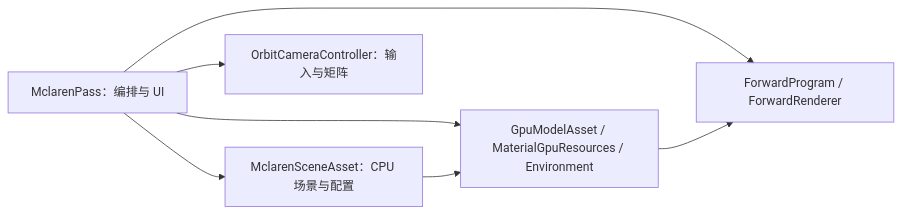
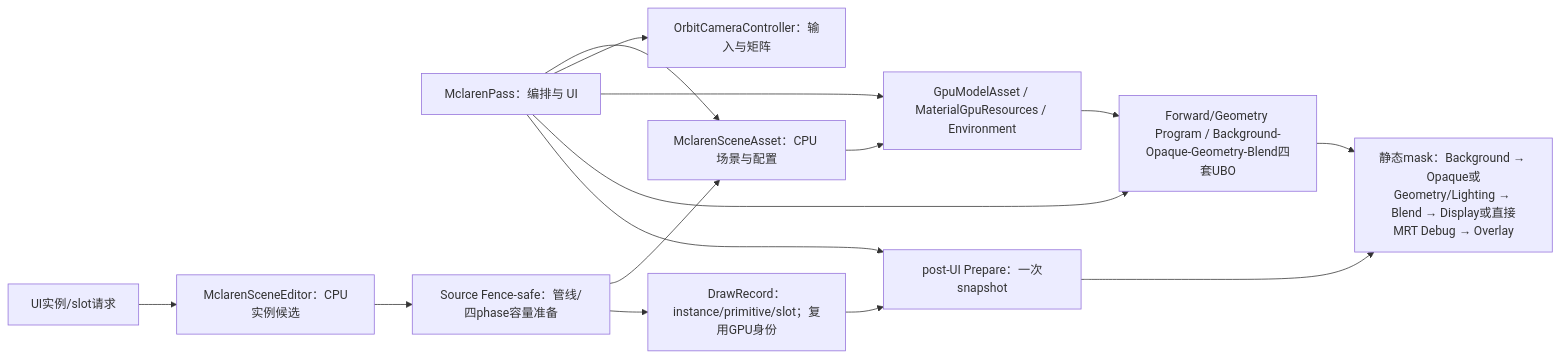
One commit to Cyberyb/KuEngine changed the diagram in docs/design/04-triangle-example-tech.md. Above: the diagram before and after it, drawn with Mermaid. The commit also changed other lines of this file and 122 other files, not shown here.

````diff
--- a/docs/design/04-triangle-example-tech.md
+++ b/docs/design/04-triangle-example-tech.md
@@ -38,14 +38,23 @@
 ```mermaid
 flowchart LR
     Pass["MclarenPass：编排与 UI"]
     Scene["MclarenSceneAsset：CPU 场景与配置"]
     Camera["OrbitCameraController：输入与矩阵"]
     Resources["GpuModelAsset / MaterialGpuResources / Environment"]
-    PBR["ForwardProgram / ForwardRenderer"]
+    PBR["Forward/Geometry Program / Background-Opaque-Geometry-Blend四套UBO"]
+    Snapshot["post-UI Prepare：一次snapshot"]
+    Phases["静态mask：Background → Opaque或Geometry/Lighting → Blend → Display或直接MRT Debug → Overlay"]
     Pass --> Scene
+    Edit["UI实例/slot请求"] --> Candidate["MclarenSceneEditor：CPU实例候选"]
+    Candidate --> Safe["Source Fence-safe：管线/四phase容量准备"]
+    Safe --> Scene
+    Safe --> Draw["DrawRecord：instance/primitive/slot；复用GPU身份"]
+    Draw --> Snapshot
     Pass --> Camera
     Pass --> Resources
     Pass --> PBR
     Scene --> Resources
     Resources --> PBR
+    Pass --> Snapshot --> Phases
+    PBR --> Phases
 ```
````
